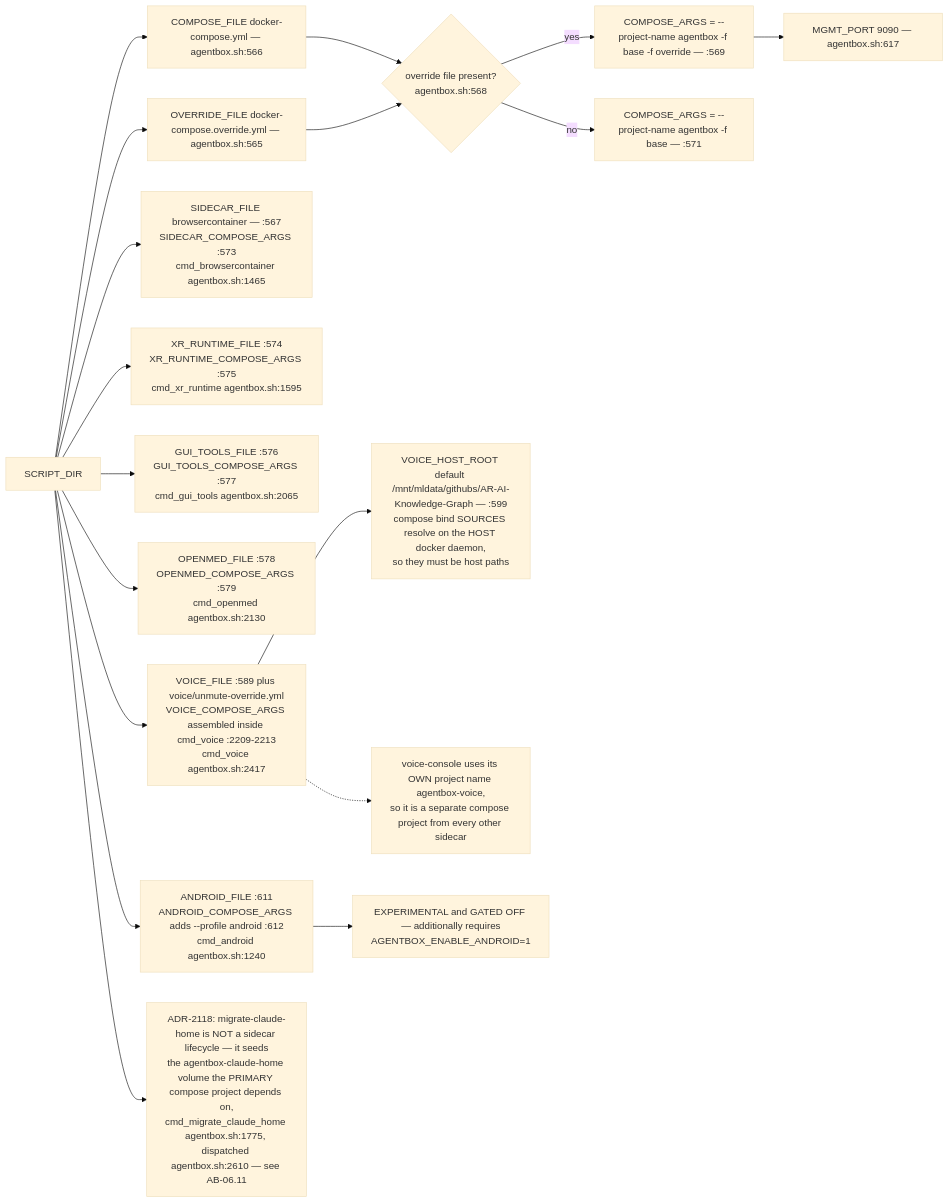
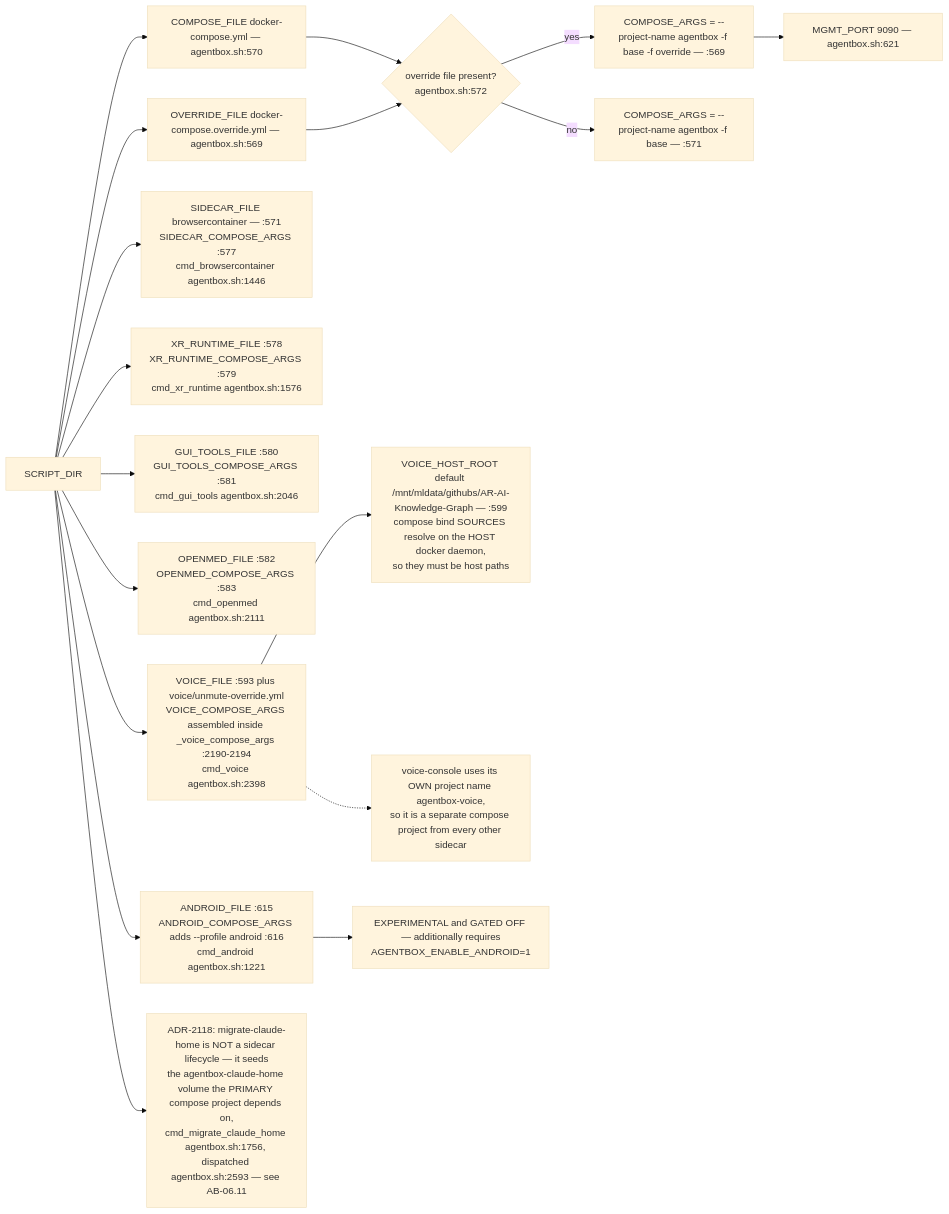
One commit to DreamLab-AI/VisionFlow changed the sixth of 13 diagrams in docs/diagrams/agentbox/06-sidecars-and-compose-overlays.md. Above: the diagram before and after it, drawn with Mermaid (base theme). The commit also changed other lines of this file and 111 other files, not shown here.

Commit message:
docs(diagrams): align estate maps with current source

````diff
--- a/docs/diagrams/agentbox/06-sidecars-and-compose-overlays.md
+++ b/docs/diagrams/agentbox/06-sidecars-and-compose-overlays.md
@@ -197,20 +197,20 @@
 ```mermaid
 flowchart LR
-    SD["SCRIPT_DIR"] --> A1["COMPOSE_FILE docker-compose.yml — agentbox.sh:566"]
-    SD --> A2["OVERRIDE_FILE docker-compose.override.yml — agentbox.sh:565"]
-    A1 --> CA{"override file present?<br/>agentbox.sh:568"}
+    SD["SCRIPT_DIR"] --> A1["COMPOSE_FILE docker-compose.yml — agentbox.sh:570"]
+    SD --> A2["OVERRIDE_FILE docker-compose.override.yml — agentbox.sh:569"]
+    A1 --> CA{"override file present?<br/>agentbox.sh:572"}
     A2 --> CA
     CA -->|yes| CA1["COMPOSE_ARGS = --project-name agentbox -f base -f override — :569"]
     CA -->|no| CA2["COMPOSE_ARGS = --project-name agentbox -f base — :571"]
-    SD --> S1["SIDECAR_FILE browsercontainer — :567<br/>SIDECAR_COMPOSE_ARGS :573<br/>cmd_browsercontainer agentbox.sh:1465"]
-    SD --> S2["XR_RUNTIME_FILE :574<br/>XR_RUNTIME_COMPOSE_ARGS :575<br/>cmd_xr_runtime agentbox.sh:1595"]
-    SD --> S3["GUI_TOOLS_FILE :576<br/>GUI_TOOLS_COMPOSE_ARGS :577<br/>cmd_gui_tools agentbox.sh:2065"]
-    SD --> S4["OPENMED_FILE :578<br/>OPENMED_COMPOSE_ARGS :579<br/>cmd_openmed agentbox.sh:2130"]
-    SD --> S5["VOICE_FILE :589 plus voice/unmute-override.yml<br/>VOICE_COMPOSE_ARGS assembled inside cmd_voice :2209-2213<br/>cmd_voice agentbox.sh:2417"]
-    SD --> S6["ANDROID_FILE :611<br/>ANDROID_COMPOSE_ARGS adds --profile android :612<br/>cmd_android agentbox.sh:1240"]
+    SD --> S1["SIDECAR_FILE browsercontainer — :571<br/>SIDECAR_COMPOSE_ARGS :577<br/>cmd_browsercontainer agentbox.sh:1446"]
+    SD --> S2["XR_RUNTIME_FILE :578<br/>XR_RUNTIME_COMPOSE_ARGS :579<br/>cmd_xr_runtime agentbox.sh:1576"]
+    SD --> S3["GUI_TOOLS_FILE :580<br/>GUI_TOOLS_COMPOSE_ARGS :581<br/>cmd_gui_tools agentbox.sh:2046"]
+    SD --> S4["OPENMED_FILE :582<br/>OPENMED_COMPOSE_ARGS :583<br/>cmd_openmed agentbox.sh:2111"]
+    SD --> S5["VOICE_FILE :593 plus voice/unmute-override.yml<br/>VOICE_COMPOSE_ARGS assembled inside _voice_compose_args :2190-2194<br/>cmd_voice agentbox.sh:2398"]
+    SD --> S6["ANDROID_FILE :615<br/>ANDROID_COMPOSE_ARGS adds --profile android :616<br/>cmd_android agentbox.sh:1221"]
     S5 --> VH["VOICE_HOST_ROOT default /mnt/mldata/githubs/AR-AI-Knowledge-Graph — :599<br/>compose bind SOURCES resolve on the HOST docker daemon,<br/>so they must be host paths"]
     S6 --> AG["EXPERIMENTAL and GATED OFF — additionally requires<br/>AGENTBOX_ENABLE_ANDROID=1"]
-    CA1 --> MGMT["MGMT_PORT 9090 — agentbox.sh:617"]
+    CA1 --> MGMT["MGMT_PORT 9090 — agentbox.sh:621"]
     S5 -.-> VNOTE["voice-console uses its OWN project name agentbox-voice,<br/>so it is a separate compose project from every other sidecar"]
-    SD --> S7["ADR-2118: migrate-claude-home is NOT a sidecar lifecycle — it seeds<br/>the agentbox-claude-home volume the PRIMARY compose project depends on,<br/>cmd_migrate_claude_home agentbox.sh:1775, dispatched agentbox.sh:2610 — see AB-06.11"]
+    SD --> S7["ADR-2118: migrate-claude-home is NOT a sidecar lifecycle — it seeds<br/>the agentbox-claude-home volume the PRIMARY compose project depends on,<br/>cmd_migrate_claude_home agentbox.sh:1756, dispatched agentbox.sh:2593 — see AB-06.11"]
 ```
````
